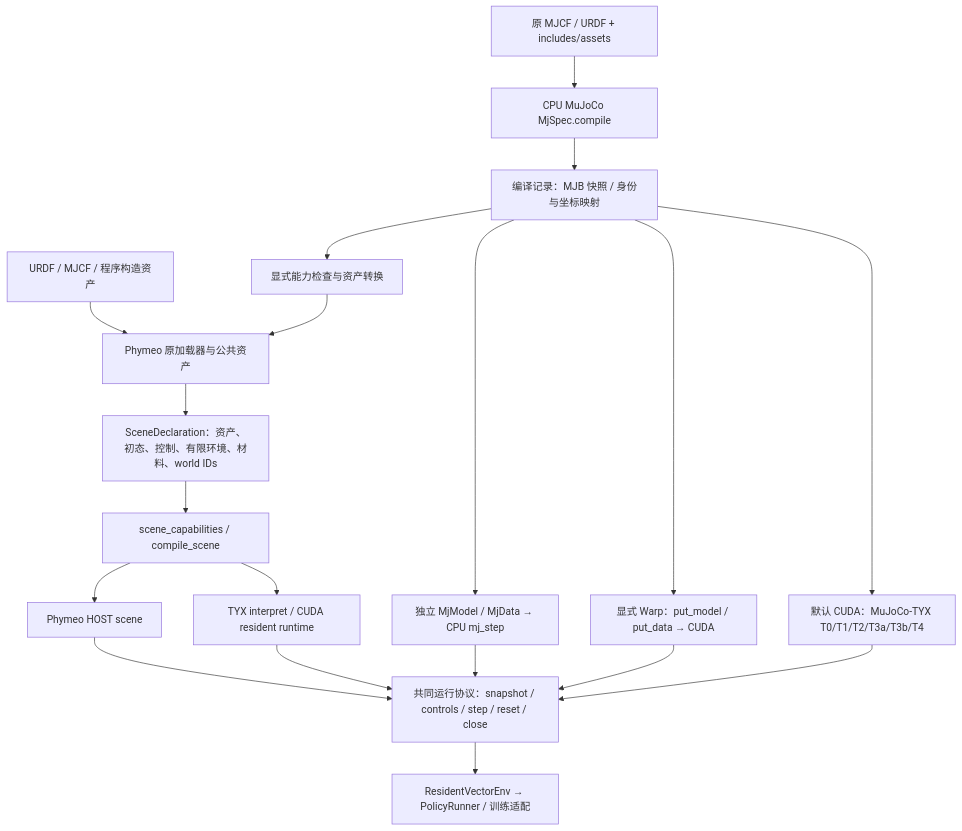
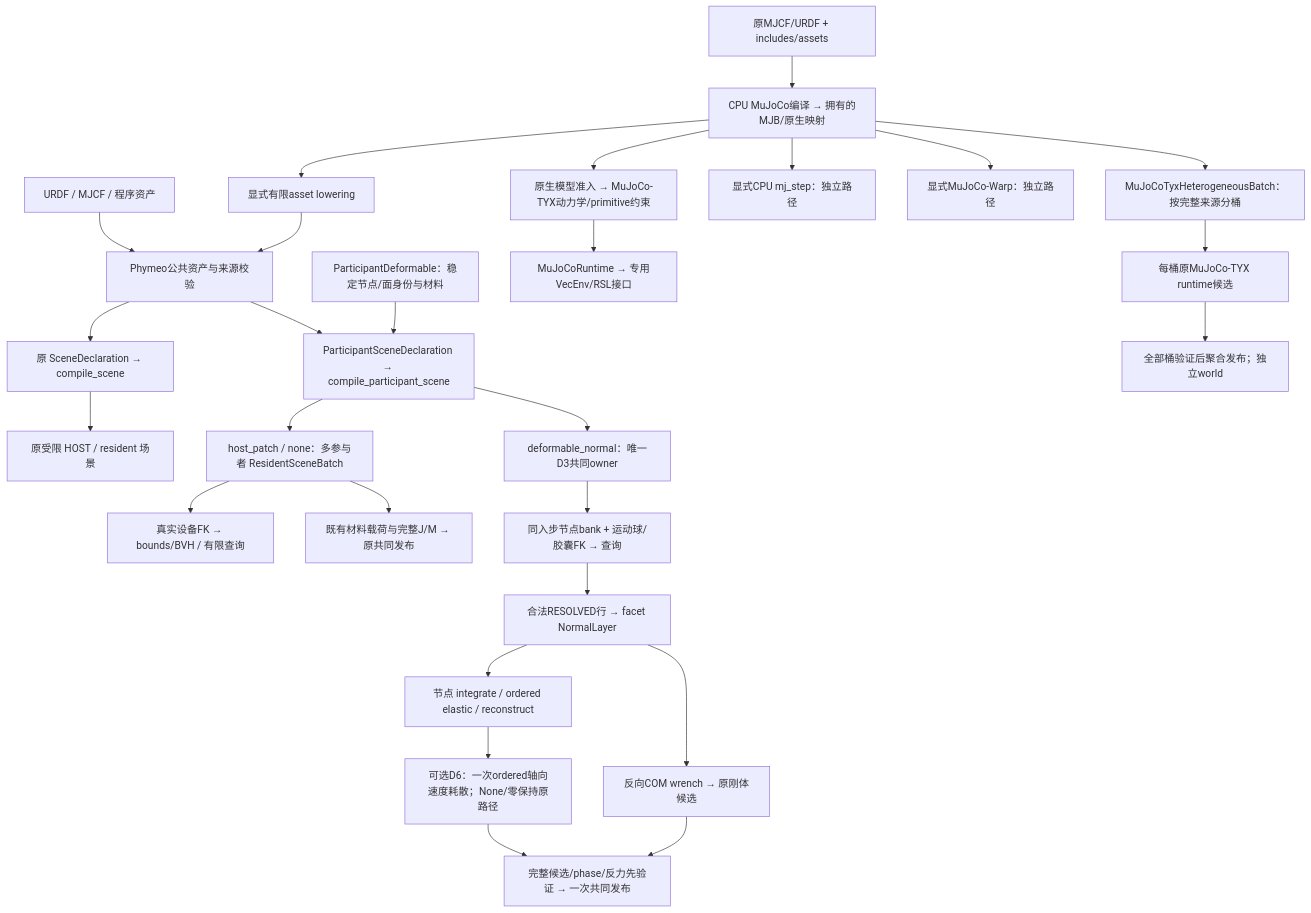
One commit to ChenxrC/phymeo changed the first of 2 diagrams in docs/architecture/unified-scene-compilation.md. Above: the diagram before and after it, drawn with Mermaid. The commit also changed other lines of this file and 1 other file, not shown here.

Commit message:
docs(parity): update scene architecture and remaining functional gaps

````diff
--- a/docs/architecture/unified-scene-compilation.md
+++ b/docs/architecture/unified-scene-compilation.md
@@ -5,21 +7,30 @@
-```mermaid
+~~~mermaid
 flowchart TD
-  A[URDF / MJCF / 程序构造资产] --> B[Phymeo 原加载器与公共资产]
-  C[原 MJCF / URDF + includes/assets] --> D[CPU MuJoCo MjSpec.compile]
-  D --> E[编译记录：MJB 快照 / 身份与坐标映射]
-  E --> F[显式能力检查与资产转换]
-  F --> B
-  B --> G[SceneDeclaration：资产、初态、控制、有限环境、材料、world IDs]
-  G --> H[scene_capabilities / compile_scene]
-  H --> I[Phymeo HOST scene]
-  H --> J[TYX interpret / CUDA resident runtime]
-  E --> K[独立 MjModel / MjData → CPU mj_step]
-  E --> L[显式 Warp：put_model / put_data → CUDA]
-  E --> T[默认 CUDA：MuJoCo-TYX T0/T1/T2/T3a/T3b/T4]
-  I --> M[共同运行协议：snapshot / controls / step / reset / close]
-  J --> M
-  K --> M
-  L --> M
-  T --> M
-  M --> N[ResidentVectorEnv → PolicyRunner / 训练适配]
-```
+  A[URDF / MJCF / 程序资产] --> B[Phymeo公共资产与来源校验]
+  B --> G[原 SceneDeclaration → compile_scene]
+  G --> Old[原受限 HOST / resident 场景]
+  B --> P[ParticipantSceneDeclaration → compile_participant_scene]
+  P --> R[host_patch / none：多参与者 ResidentSceneBatch]
+  R --> RQ[真实设备FK → bounds/BVH / 有限查询]
+  R --> RR[既有材料载荷与完整J/M → 原共同发布]
+  Node[ParticipantDeformable：稳定节点/面身份与材料] --> P
+  P --> D5[deformable_normal：唯一D3共同owner]
+  D5 --> Q[同入步节点bank + 运动球/胶囊FK → 查询]
+  Q --> Law[合法RESOLVED行 → facet NormalLayer]
+  Law --> NC[节点 integrate / ordered elastic / reconstruct]
+  NC --> DC[可选D6：一次ordered轴向速度耗散；None/零保持原路径]
+  Law --> RC[反向COM wrench → 原刚体候选]
+  DC --> Joint[完整候选/phase/反力先验证 → 一次共同发布]
+  RC --> Joint
+
+  Source[原MJCF/URDF + includes/assets] --> CPU[CPU MuJoCo编译 → 拥有的MJB/原生映射]
+  CPU --> Lower[显式有限asset lowering]
+  Lower --> B
+  CPU --> Native[原生模型准入 → MuJoCo-TYX动力学/primitive约束]
+  Native --> Runtime[MuJoCoRuntime → 专用VecEnv/RSL接口]
+  CPU --> CPUrun[显式CPU mj_step：独立路径]
+  CPU --> Warp[显式MuJoCo-Warp：独立路径]
+  CPU --> Buckets[MuJoCoTyxHeterogeneousBatch：按完整来源分桶]
+  Buckets --> Leaves[每桶原MuJoCo-TYX runtime候选]
+  Leaves --> Aggregate[全部桶验证后聚合发布；独立world]
+~~~
````
